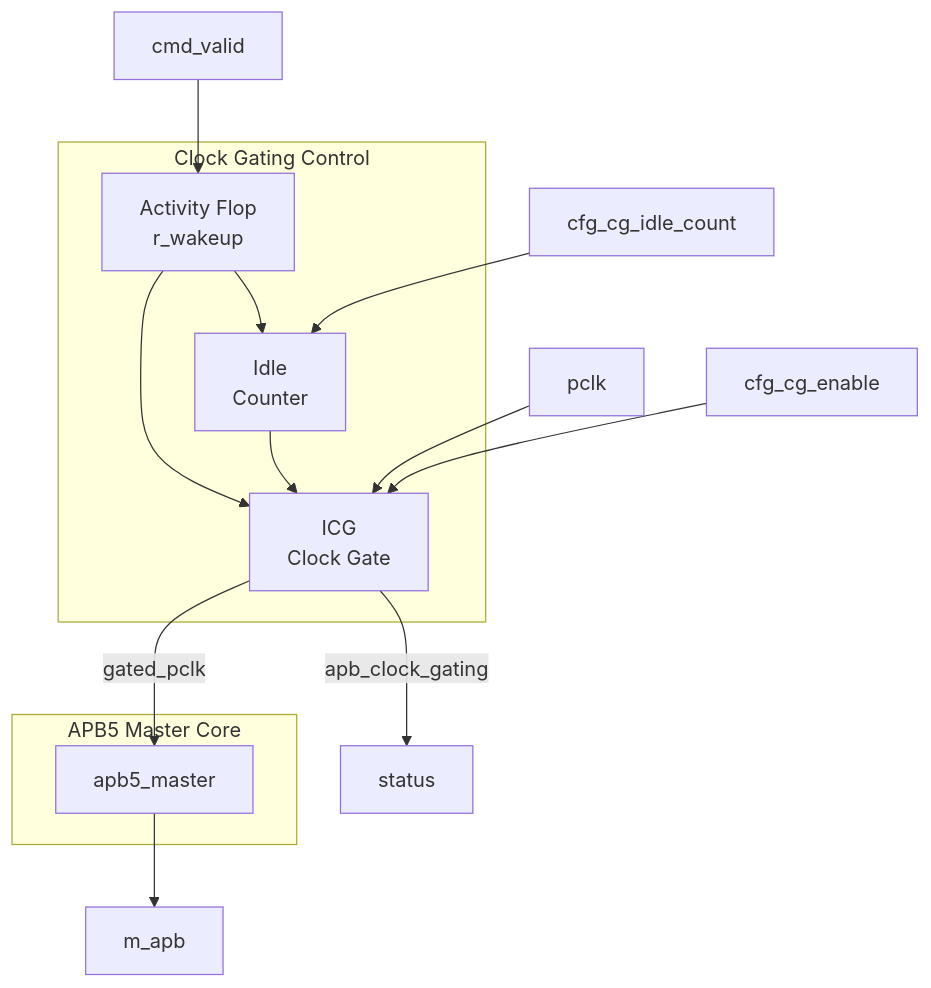
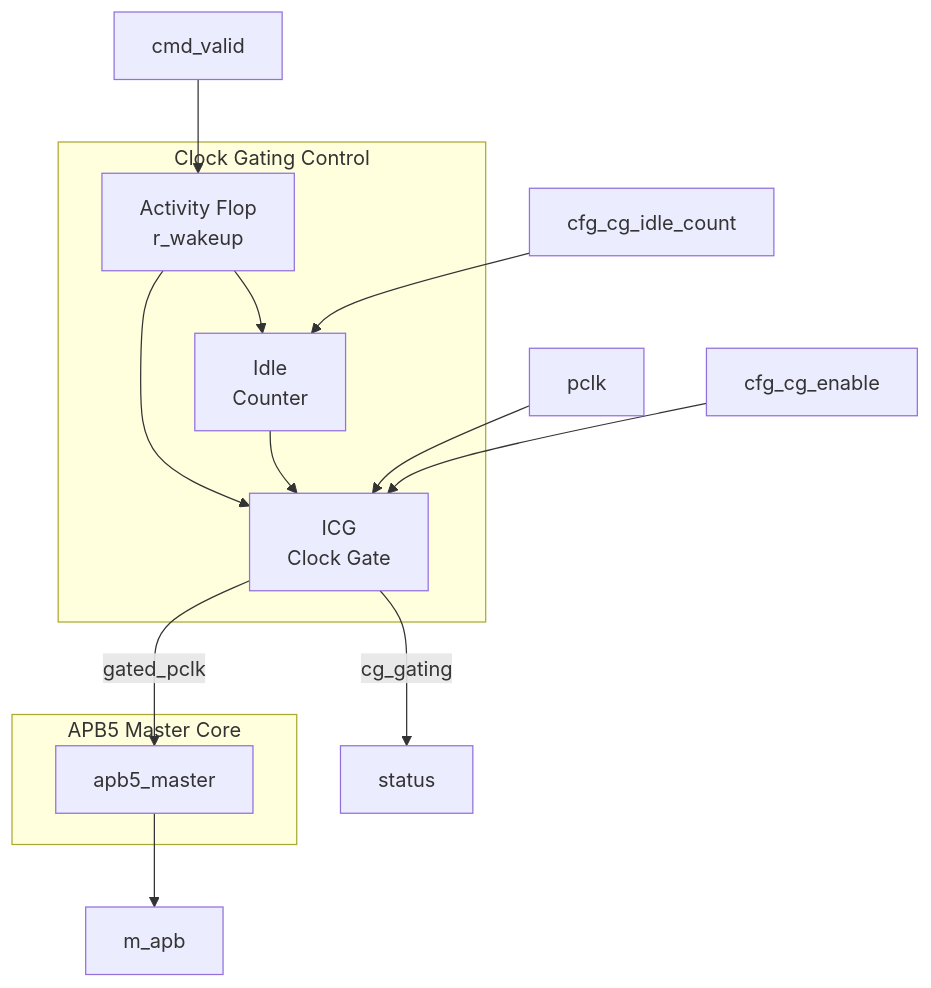
Before and after one commit to sean-galloway/RTLDesignSherpa: the first of 2 diagrams in docs/markdown/rtl-amba/apb5/apb5_master_cg.md, drawn with Mermaid. The commit also changed other lines of this file and 26 other files, not shown here.

````diff
--- a/docs/markdown/rtl-amba/apb5/apb5_master_cg.md
+++ b/docs/markdown/rtl-amba/apb5/apb5_master_cg.md
@@ -129,26 +130,26 @@
 ```mermaid
 flowchart TB
     subgraph CG["Clock Gating Control"]
         wake["Activity Flop<br/>r_wakeup"]
         idle["Idle<br/>Counter"]
         gate["ICG<br/>Clock Gate"]
     end
 
     subgraph CORE["APB5 Master Core"]
         master["apb5_master"]
     end
 
     pclk["pclk"] --> gate
     gate -->|gated_pclk| master
     idle --> gate
     wake --> gate
 
     cmd_valid --> wake
     wake --> idle
     master --> m_apb
 
     cfg_cg_enable --> gate
     cfg_cg_idle_count --> idle
 
-    gate -->|apb_clock_gating| status
+    gate -->|cg_gating| status
 ```
````
